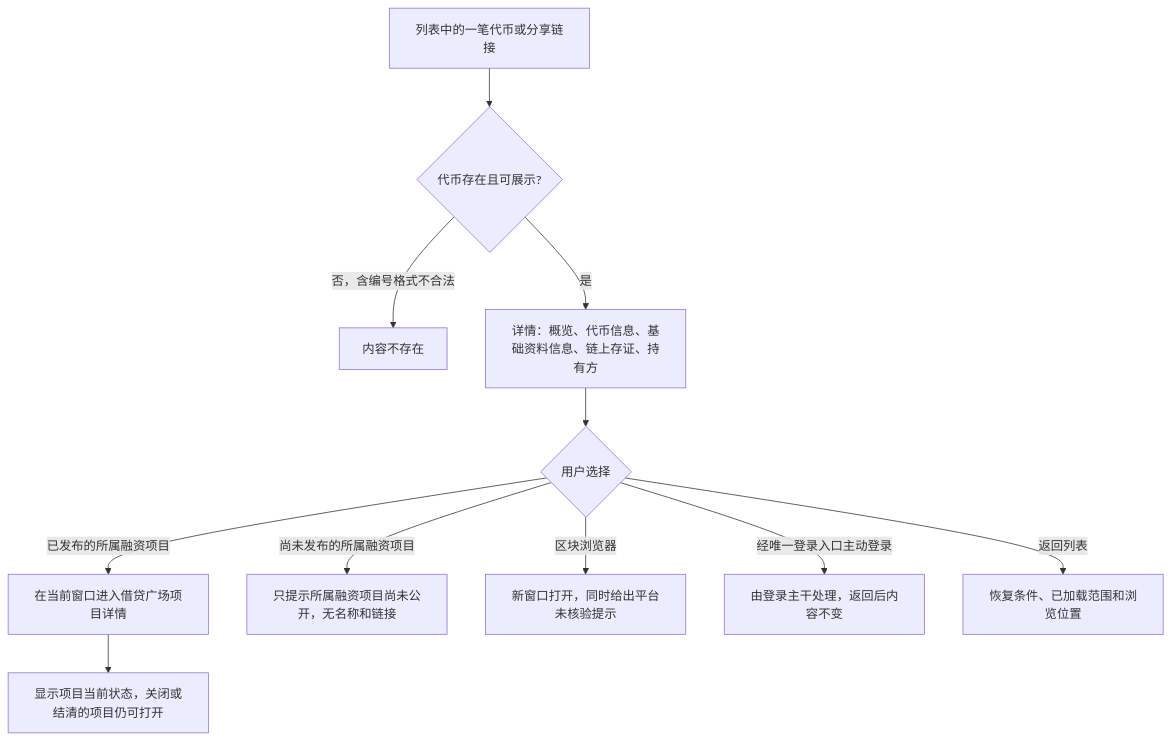
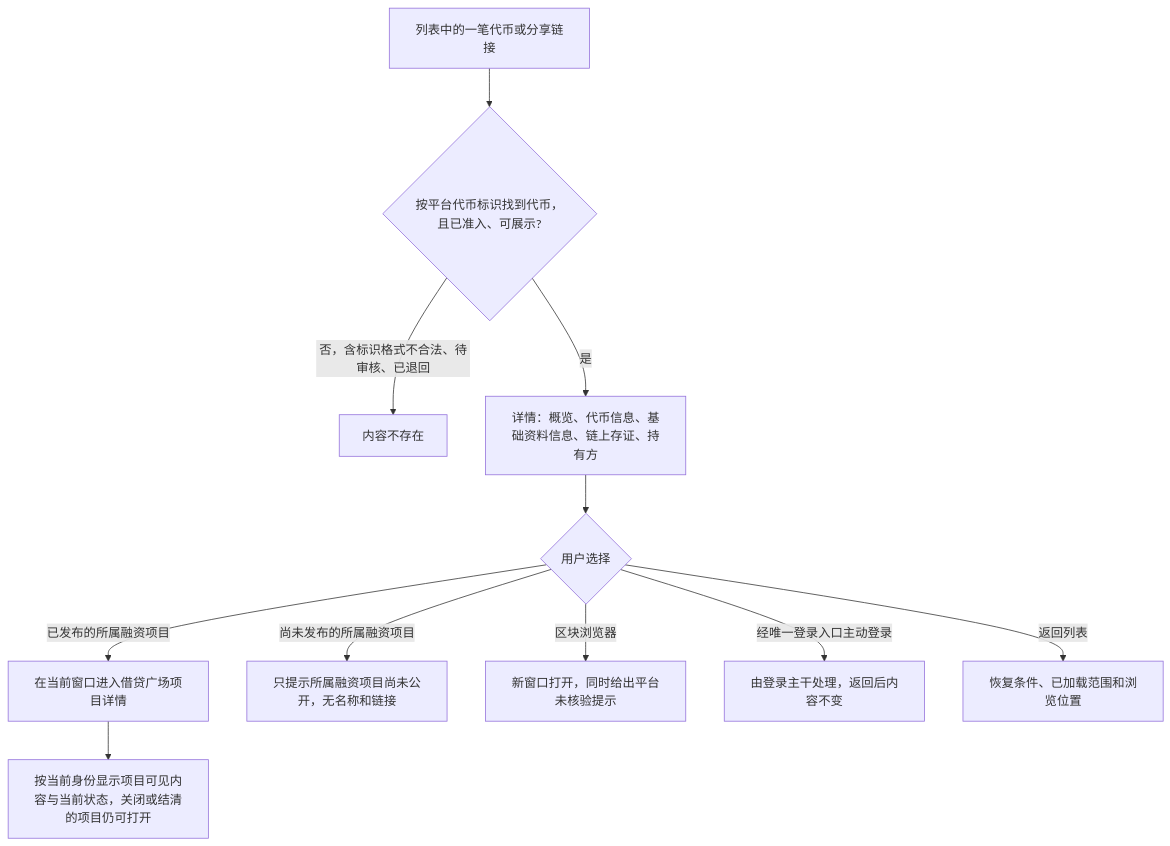
The second of 6 diagrams in lending-platform/PRD/面客端/04-资产广场-已上架代币只读域/02-资产广场-流程图与状态机.md (wxblockchain/Chain-Financing), drawn with Mermaid before and after one commit. The commit also changed other lines of this file and 21 other files, not shown here.

````diff
--- a/lending-platform/PRD/面客端/04-资产广场-已上架代币只读域/02-资产广场-流程图与状态机.md
+++ b/lending-platform/PRD/面客端/04-资产广场-已上架代币只读域/02-资产广场-流程图与状态机.md
@@ -39,13 +42,13 @@
 ```mermaid
 flowchart TD
-  A[列表中的一笔代币或分享链接] --> B{代币存在且可展示?}
-  B -->|否，含编号格式不合法| C[内容不存在]
+  A[列表中的一笔代币或分享链接] --> B{按平台代币标识找到代币，且已准入、可展示?}
+  B -->|否，含标识格式不合法、待审核、已退回| C[内容不存在]
   B -->|是| D[详情：概览、代币信息、基础资料信息、链上存证、持有方]
   D --> E{用户选择}
   E -->|已发布的所属融资项目| F[在当前窗口进入借贷广场项目详情]
-  F --> G[显示项目当前状态，关闭或结清的项目仍可打开]
+  F --> G[按当前身份显示项目可见内容与当前状态，关闭或结清的项目仍可打开]
   E -->|尚未发布的所属融资项目| H[只提示所属融资项目尚未公开，无名称和链接]
   E -->|区块浏览器| I[新窗口打开，同时给出平台未核验提示]
   E -->|经唯一登录入口主动登录| J[由登录主干处理，返回后内容不变]
   E -->|返回列表| K[恢复条件、已加载范围和浏览位置]
 ```
````
